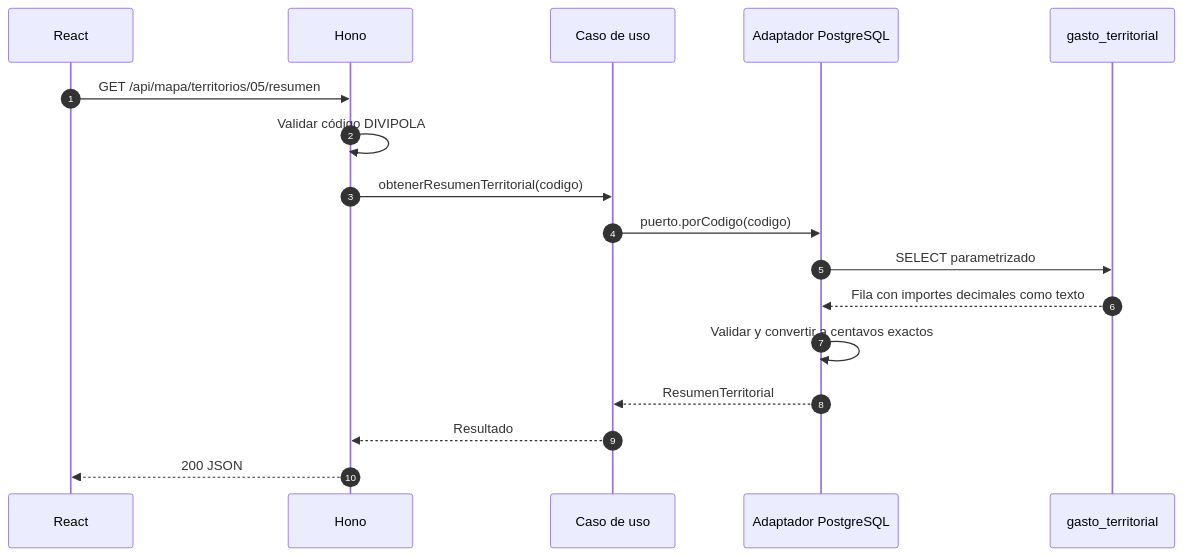
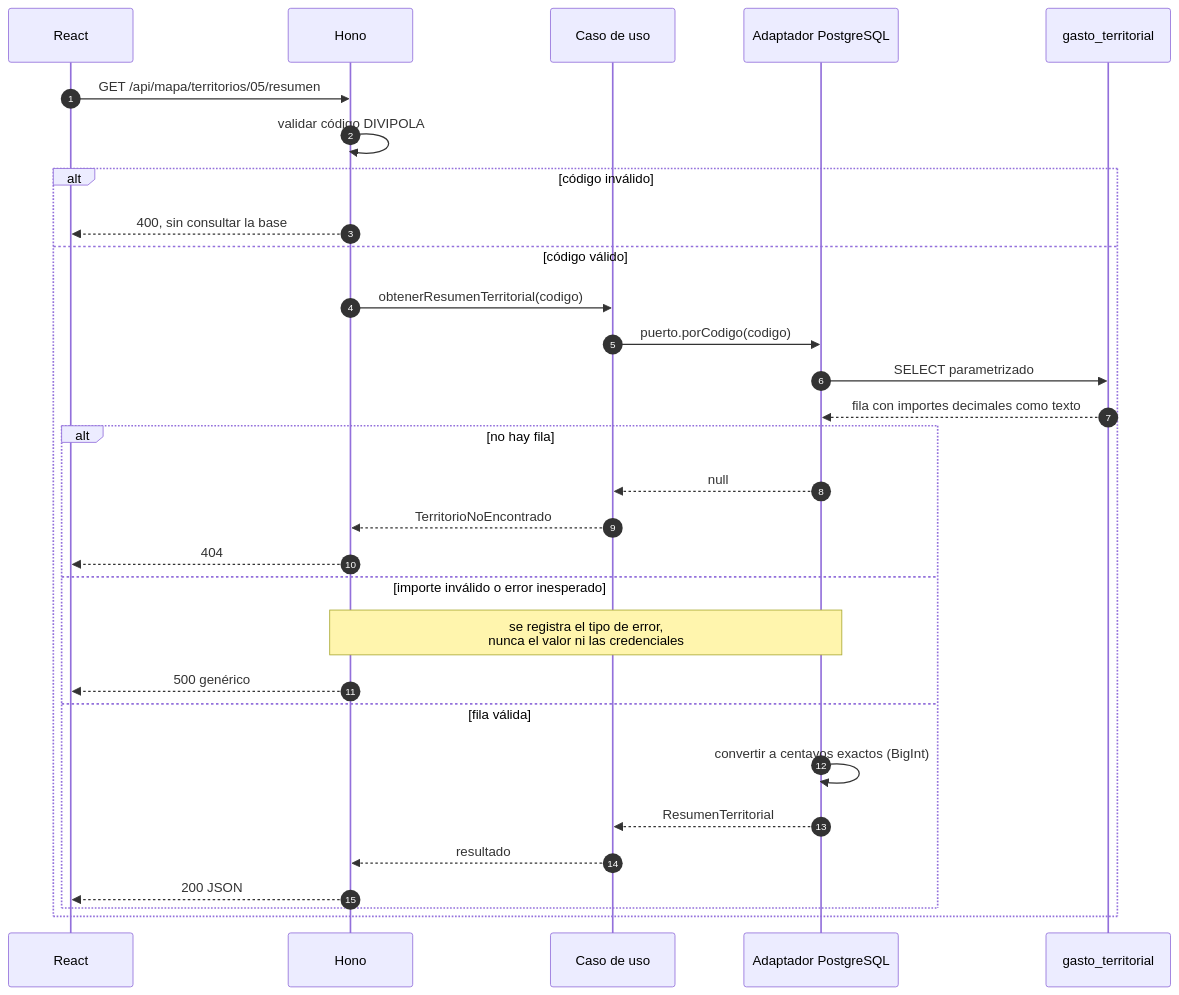
The fourth of 4 diagrams in docs/arquitectura.md (EKOU-Solutions/EKOU-Elephants), drawn with Mermaid before and after one commit. The commit also changed other lines of this file and 1 other file, not shown here.

First line of the commit message:
fix(tests): run integration migrations via node-pg-migrate API; restyle architecture diagrams

````diff
--- a/docs/arquitectura.md
+++ b/docs/arquitectura.md
@@ -85,19 +130,33 @@
 ```mermaid
 sequenceDiagram
-  autonumber
-  participant UI as React
-  participant HTTP as Hono
-  participant CASO as Caso de uso
-  participant REPO as Adaptador PostgreSQL
-  participant DB as gasto_territorial
-  UI->>HTTP: GET /api/mapa/territorios/05/resumen
-  HTTP->>HTTP: Validar código DIVIPOLA
-  HTTP->>CASO: obtenerResumenTerritorial(codigo)
-  CASO->>REPO: puerto.porCodigo(codigo)
-  REPO->>DB: SELECT parametrizado
-  DB-->>REPO: Fila con importes decimales como texto
-  REPO->>REPO: Validar y convertir a centavos exactos
-  REPO-->>CASO: ResumenTerritorial
-  CASO-->>HTTP: Resultado
-  HTTP-->>UI: 200 JSON
+    autonumber
+    participant UI as React
+    participant HTTP as Hono
+    participant CASO as Caso de uso
+    participant REPO as Adaptador PostgreSQL
+    participant DB as gasto_territorial
+
+    UI->>HTTP: GET /api/mapa/territorios/05/resumen
+    HTTP->>HTTP: validar código DIVIPOLA
+    alt código inválido
+        HTTP-->>UI: 400, sin consultar la base
+    else código válido
+        HTTP->>CASO: obtenerResumenTerritorial(codigo)
+        CASO->>REPO: puerto.porCodigo(codigo)
+        REPO->>DB: SELECT parametrizado
+        DB-->>REPO: fila con importes decimales como texto
+        alt no hay fila
+            REPO-->>CASO: null
+            CASO-->>HTTP: TerritorioNoEncontrado
+            HTTP-->>UI: 404
+        else importe inválido o error inesperado
+            Note over REPO,HTTP: se registra el tipo de error,<br/>nunca el valor ni las credenciales
+            HTTP-->>UI: 500 genérico
+        else fila válida
+            REPO->>REPO: convertir a centavos exactos (BigInt)
+            REPO-->>CASO: ResumenTerritorial
+            CASO-->>HTTP: resultado
+            HTTP-->>UI: 200 JSON
+        end
+    end
 ```
````
